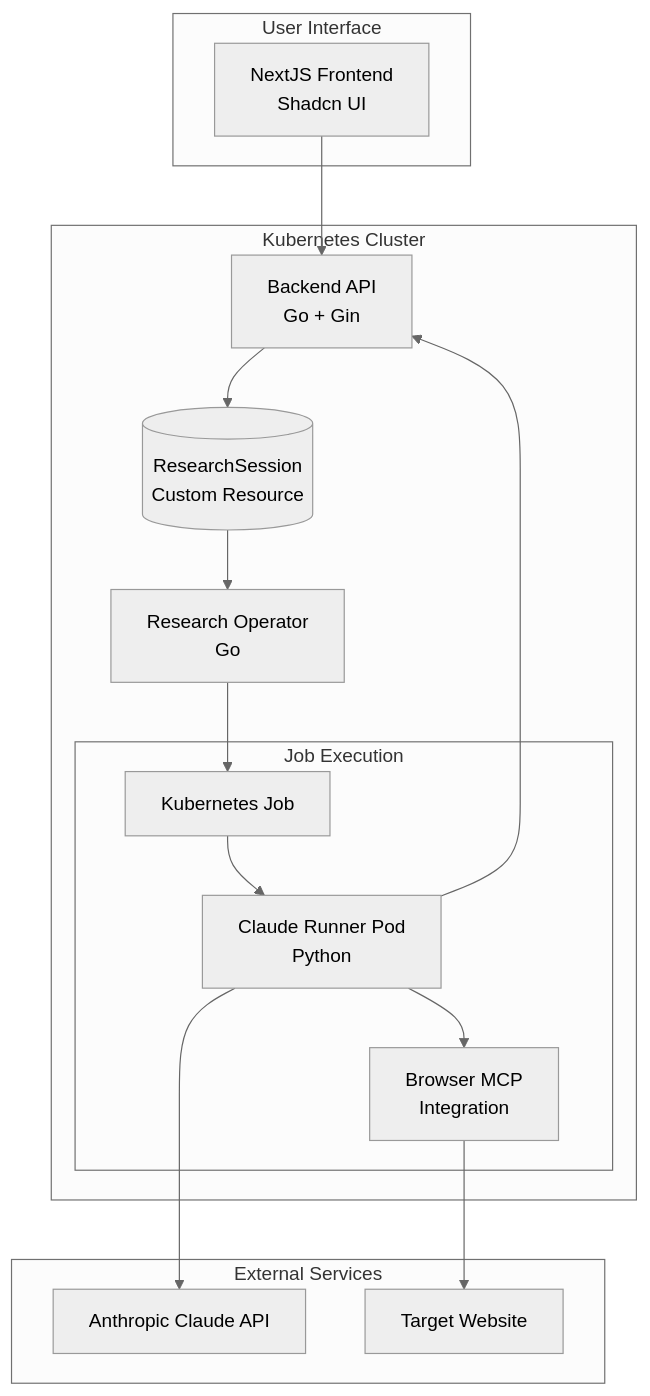
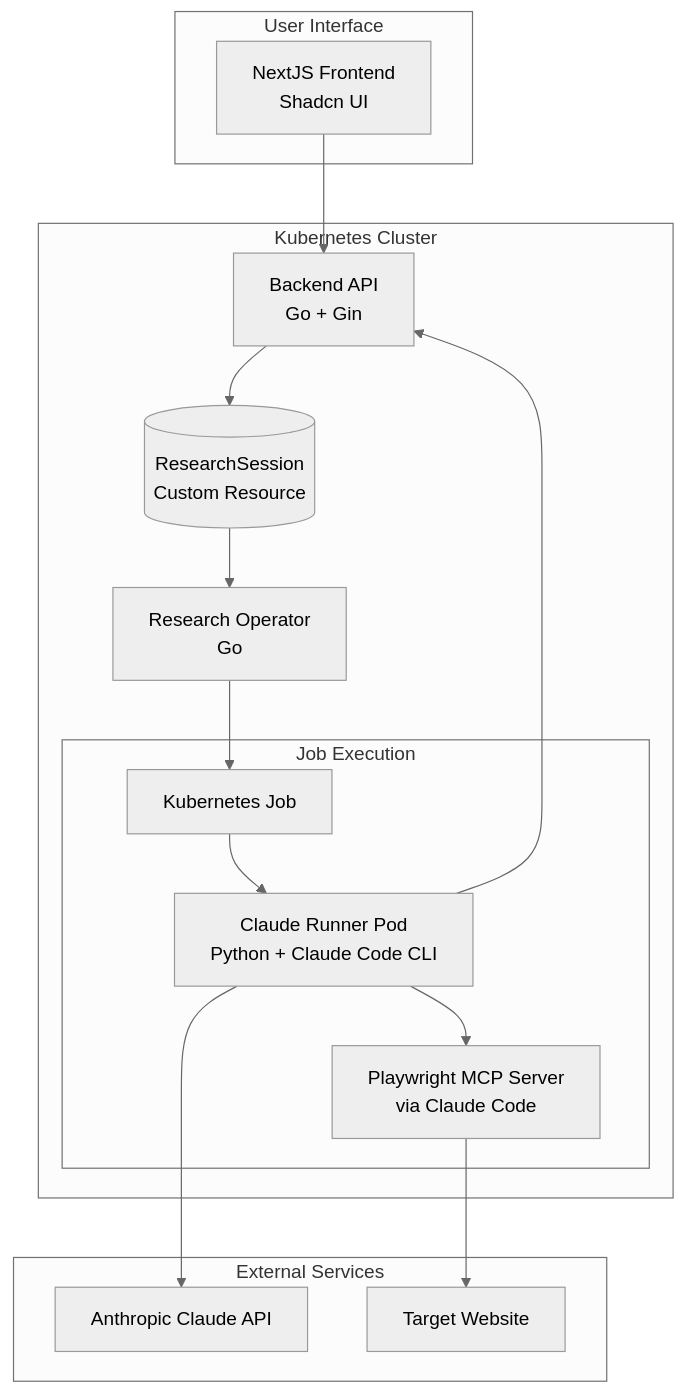
One commit to Gkrumbach07/claude-runner changed the diagram in README.md. Above: the diagram before and after it, drawn with Mermaid (neutral theme). The commit also changed other lines of this file and 14 other files, not shown here.

First line of the commit message:
Update README, API, and frontend components for Claude Research Runner enhancements

````diff
--- a/README.md
+++ b/README.md
@@ -17,33 +17,33 @@
 ```mermaid
 graph TB
     subgraph "User Interface"
         UI[NextJS Frontend<br/>Shadcn UI]
     end
     
     subgraph "Kubernetes Cluster"
         API[Backend API<br/>Go + Gin]
         OP[Research Operator<br/>Go]
         CR[(ResearchSession<br/>Custom Resource)]
         
         subgraph "Job Execution"
             JOB[Kubernetes Job]
-            POD[Claude Runner Pod<br/>Python]
-            MCP[Browser MCP<br/>Integration]
+            POD[Claude Runner Pod<br/>Python + Claude Code CLI]
+            MCP[Playwright MCP Server<br/>via Claude Code]
         end
     end
     
     subgraph "External Services"
         CLAUDE[Anthropic Claude API]
         WEB[Target Website]
     end
     
     UI --> API
     API --> CR
     CR --> OP
     OP --> JOB
     JOB --> POD
     POD --> MCP
     POD --> CLAUDE
     MCP --> WEB
     POD --> API
 ```
````
